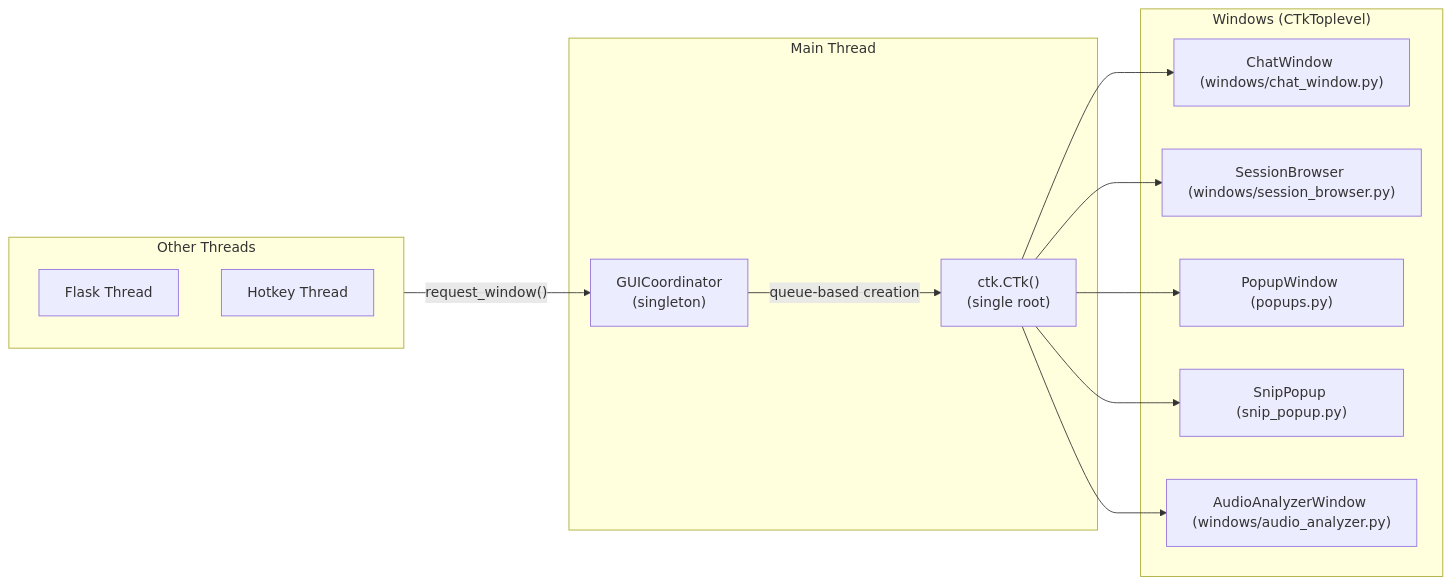
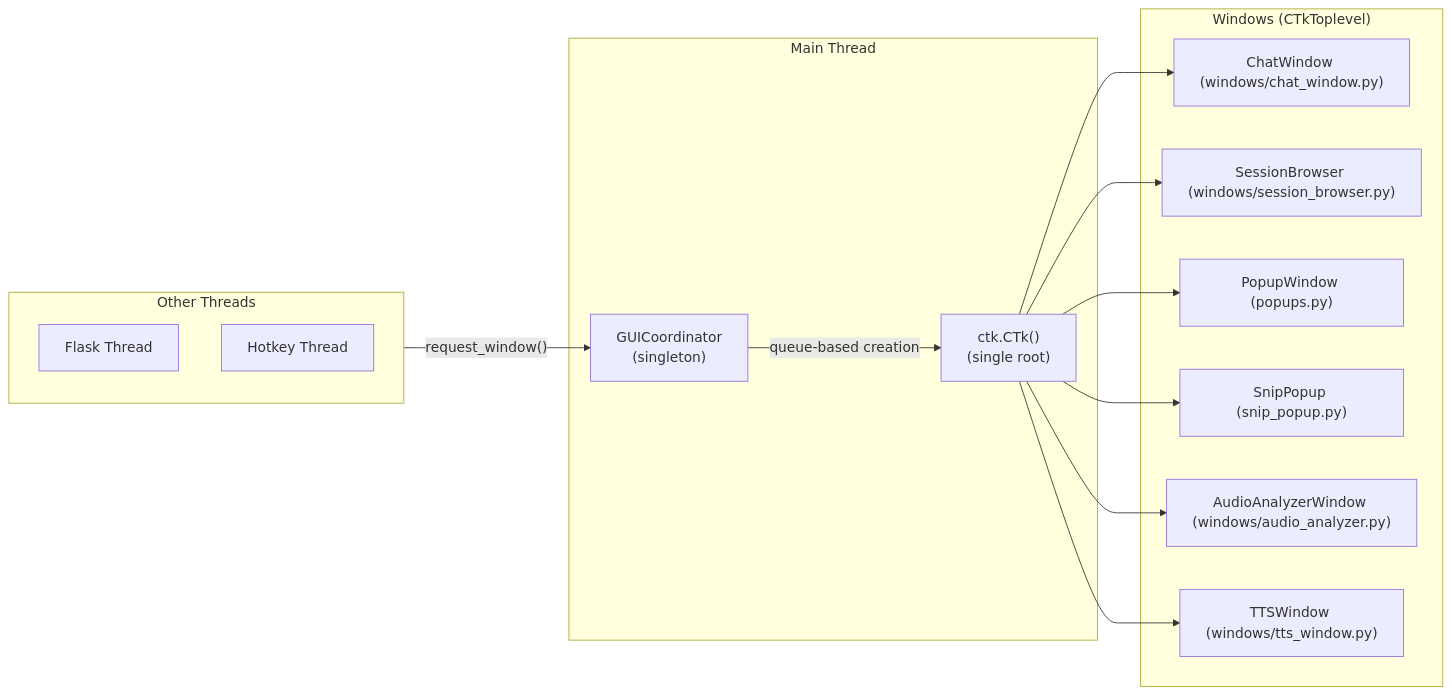
The second of 2 diagrams in docs/ARCHITECTURE.md (zaxx-q/AIPromptBridge), drawn with Mermaid before and after one commit. The commit also changed other lines of this file and 2 other files, not shown here.

First line of the commit message:
docs: document the new Text-to-Speech (TTS) feature

````diff
--- a/docs/ARCHITECTURE.md
+++ b/docs/ARCHITECTURE.md
@@ -110,28 +112,30 @@
 ```mermaid
 flowchart LR
     subgraph MainThread["Main Thread"]
         GC["GUICoordinator<br/>(singleton)"]
         Root["ctk.CTk()<br/>(single root)"]
     end
     
     subgraph Windows["Windows (CTkToplevel)"]
         Chat["ChatWindow (windows/chat_window.py)"]
         Browser["SessionBrowser (windows/session_browser.py)"]
         Popup["PopupWindow (popups.py)"]
         SnipUI["SnipPopup (snip_popup.py)"]
         AudioUI["AudioAnalyzerWindow (windows/audio_analyzer.py)"]
+        TTSUI["TTSWindow (windows/tts_window.py)"]
     end
     
     subgraph OtherThreads["Other Threads"]
         Flask["Flask Thread"]
         Hotkey["Hotkey Thread"]
     end
     
     OtherThreads -->|"request_window()"| GC
     GC -->|"queue-based creation"| Root
     Root --> Chat
     Root --> Browser
     Root --> Popup
     Root --> SnipUI
     Root --> AudioUI
+    Root --> TTSUI
 ```
````
